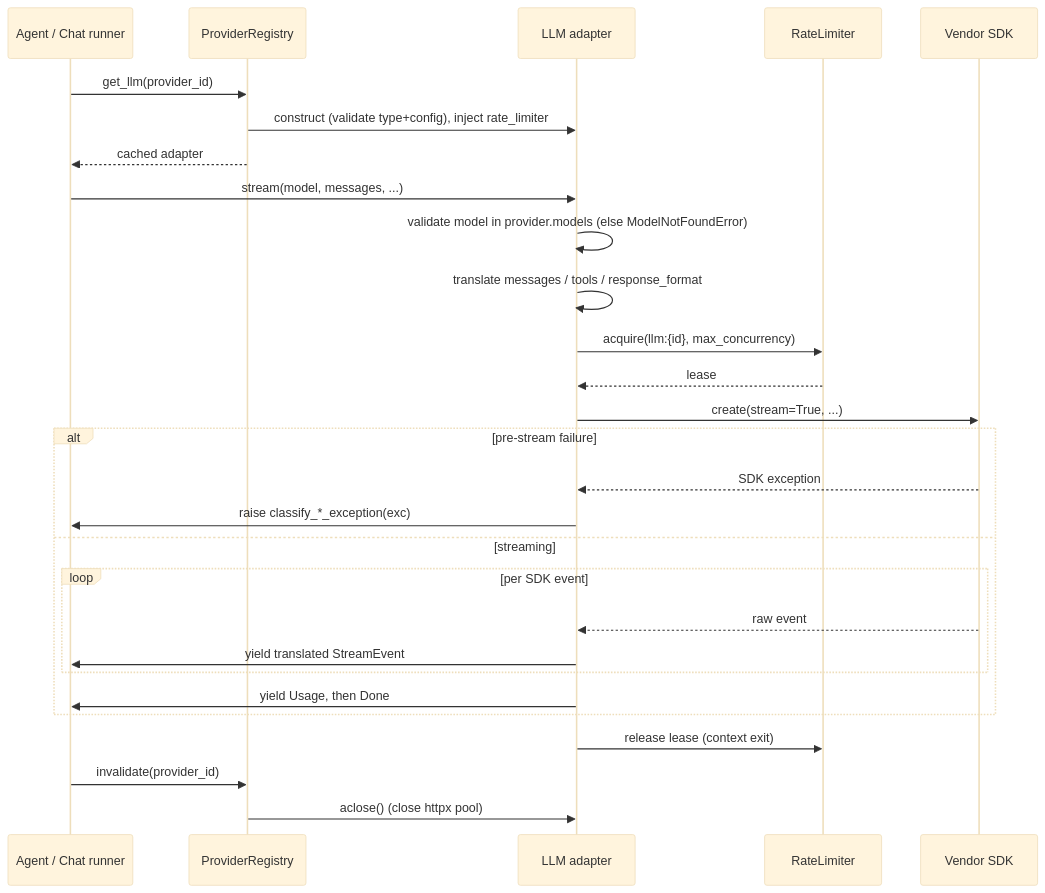
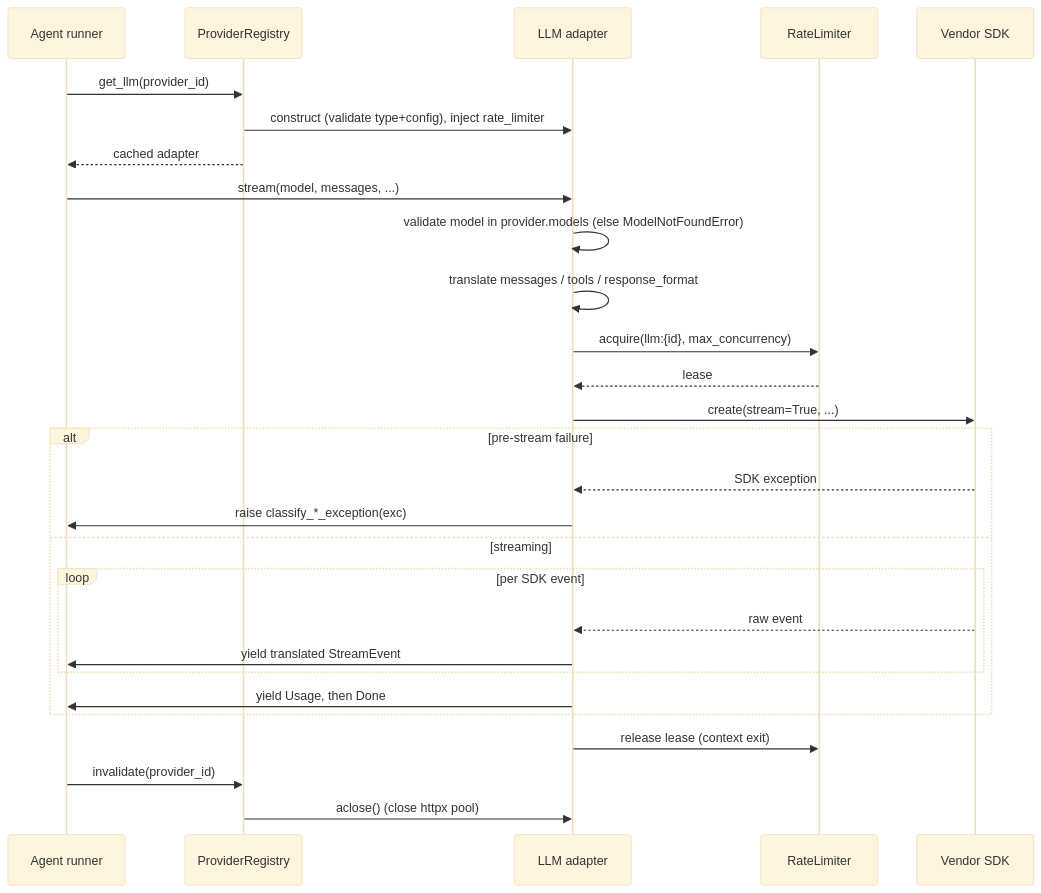
Before and after one commit to primerhq/primer: the third of 3 diagrams in docs/dev/subsystems/model-providers.md, drawn with Mermaid (base theme). The commit also changed other lines of this file and 6 other files, not shown here.

````diff
--- a/docs/dev/subsystems/model-providers.md
+++ b/docs/dev/subsystems/model-providers.md
@@ -241,31 +241,31 @@
 ```mermaid
 sequenceDiagram
-    participant Caller as Agent / Chat runner
+    participant Caller as Agent runner
     participant Reg as ProviderRegistry
     participant Adp as LLM adapter
     participant RL as RateLimiter
     participant SDK as Vendor SDK
 
     Caller->>Reg: get_llm(provider_id)
     Reg->>Adp: construct (validate type+config), inject rate_limiter
     Reg-->>Caller: cached adapter
     Caller->>Adp: stream(model, messages, ...)
     Adp->>Adp: validate model in provider.models (else ModelNotFoundError)
     Adp->>Adp: translate messages / tools / response_format
     Adp->>RL: acquire(llm:{id}, max_concurrency)
     RL-->>Adp: lease
     Adp->>SDK: create(stream=True, ...)
     alt pre-stream failure
         SDK-->>Adp: SDK exception
         Adp->>Caller: raise classify_*_exception(exc)
     else streaming
         loop per SDK event
             SDK-->>Adp: raw event
             Adp->>Caller: yield translated StreamEvent
         end
         Adp->>Caller: yield Usage, then Done
     end
     Adp->>RL: release lease (context exit)
     Caller->>Reg: invalidate(provider_id)
     Reg->>Adp: aclose() (close httpx pool)
 ```
````
